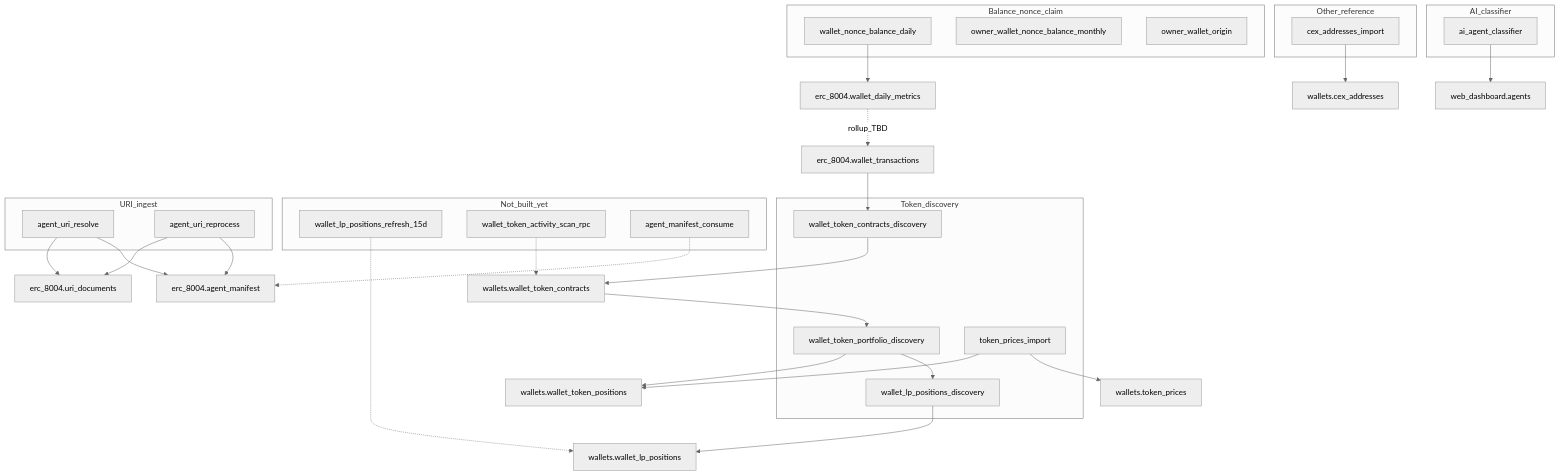
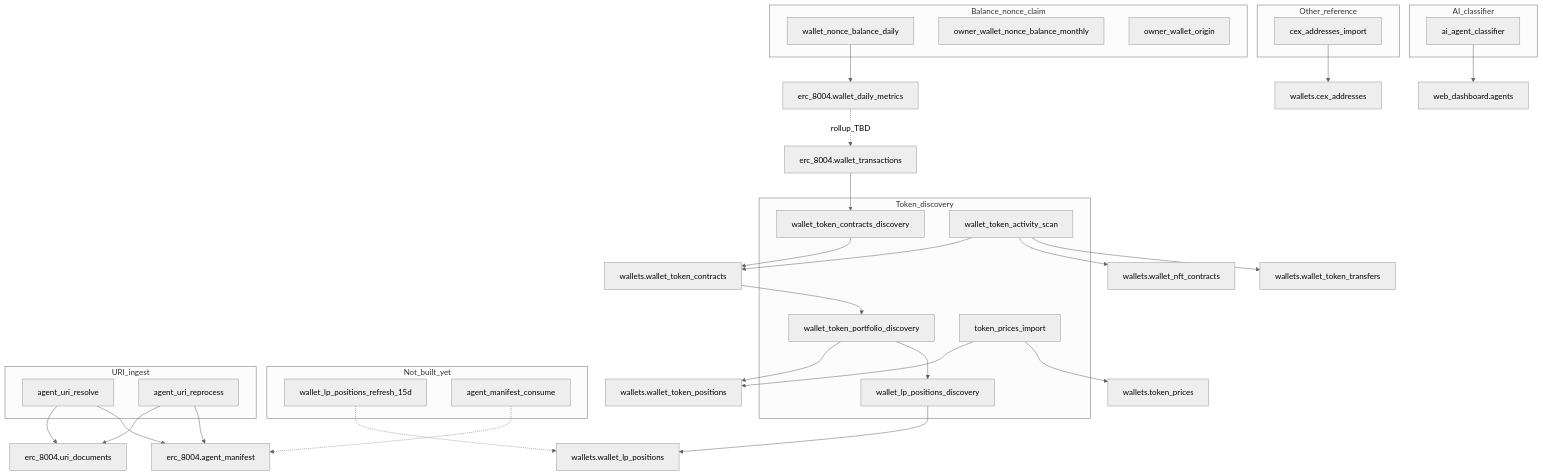
One commit to GlobalScoreAgent/gsa-workers changed the diagram in docs/PROCESSES.md. Above: the diagram before and after it, drawn with Mermaid (neutral theme). The commit also changed other lines of this file and 15 other files, not shown here.

First line of the commit message:
Add wallet token activity scan worker (public getLogs).

````diff
--- a/docs/PROCESSES.md
+++ b/docs/PROCESSES.md
@@ -9,48 +9,50 @@
 ```mermaid
 flowchart TB
   subgraph claimBalance [Balance_nonce_claim]
     daily[wallet_nonce_balance_daily]
     monthly[owner_wallet_nonce_balance_monthly]
     origin[owner_wallet_origin]
   end
   subgraph discovery [Token_discovery]
     contracts[wallet_token_contracts_discovery]
     portfolio[wallet_token_portfolio_discovery]
     prices[token_prices_import]
     lp[wallet_lp_positions_discovery]
+    tokenActivity[wallet_token_activity_scan]
   end
   subgraph refdata [Other_reference]
     cex[cex_addresses_import]
   end
   subgraph pending [Not_built_yet]
     lpRefresh[wallet_lp_positions_refresh_15d]
-    tokenActivity[wallet_token_activity_scan_rpc]
     manifestConsume[agent_manifest_consume]
   end
   subgraph uriIngest [URI_ingest]
     uriResolve[agent_uri_resolve]
     uriReprocess[agent_uri_reprocess]
   end
   subgraph aiClassify [AI_classifier]
     classifier[ai_agent_classifier]
   end
   daily --> metrics[erc_8004.wallet_daily_metrics]
   metrics -.->|rollup_TBD| wt[erc_8004.wallet_transactions]
   wt --> contracts
   contracts --> wtc[wallets.wallet_token_contracts]
   wtc --> portfolio
   portfolio --> wtp[wallets.wallet_token_positions]
   prices --> wtp
   prices --> tpc[wallets.token_prices]
   portfolio --> lp
   lp --> wlp[wallets.wallet_lp_positions]
   cex --> cexT[wallets.cex_addresses]
   lpRefresh -.-> wlp
-  tokenActivity -.-> wtc
+  tokenActivity --> wtc
+  tokenActivity --> wnft[wallets.wallet_nft_contracts]
+  tokenActivity --> wxf[wallets.wallet_token_transfers]
   uriResolve --> ud[erc_8004.uri_documents]
   uriResolve --> am[erc_8004.agent_manifest]
   uriReprocess --> ud
   uriReprocess --> am
   manifestConsume -.-> am
   classifier --> dashAgents[web_dashboard.agents]
 ```
````
